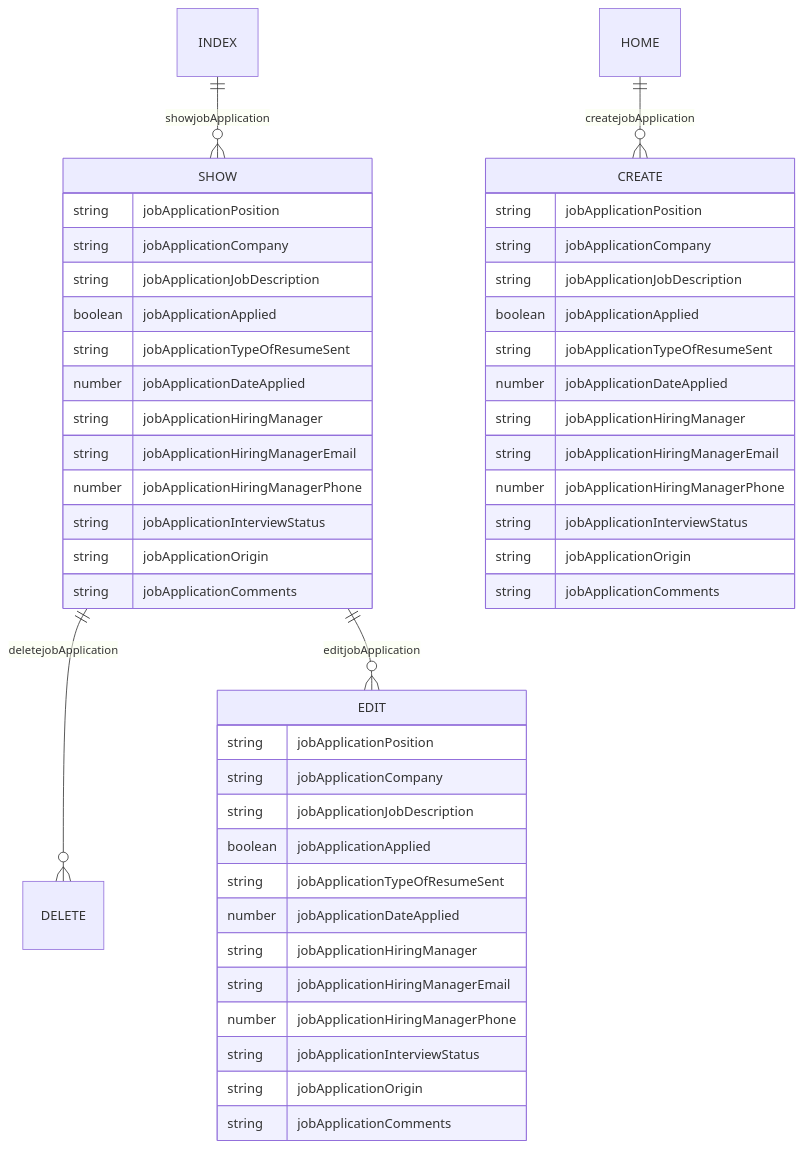
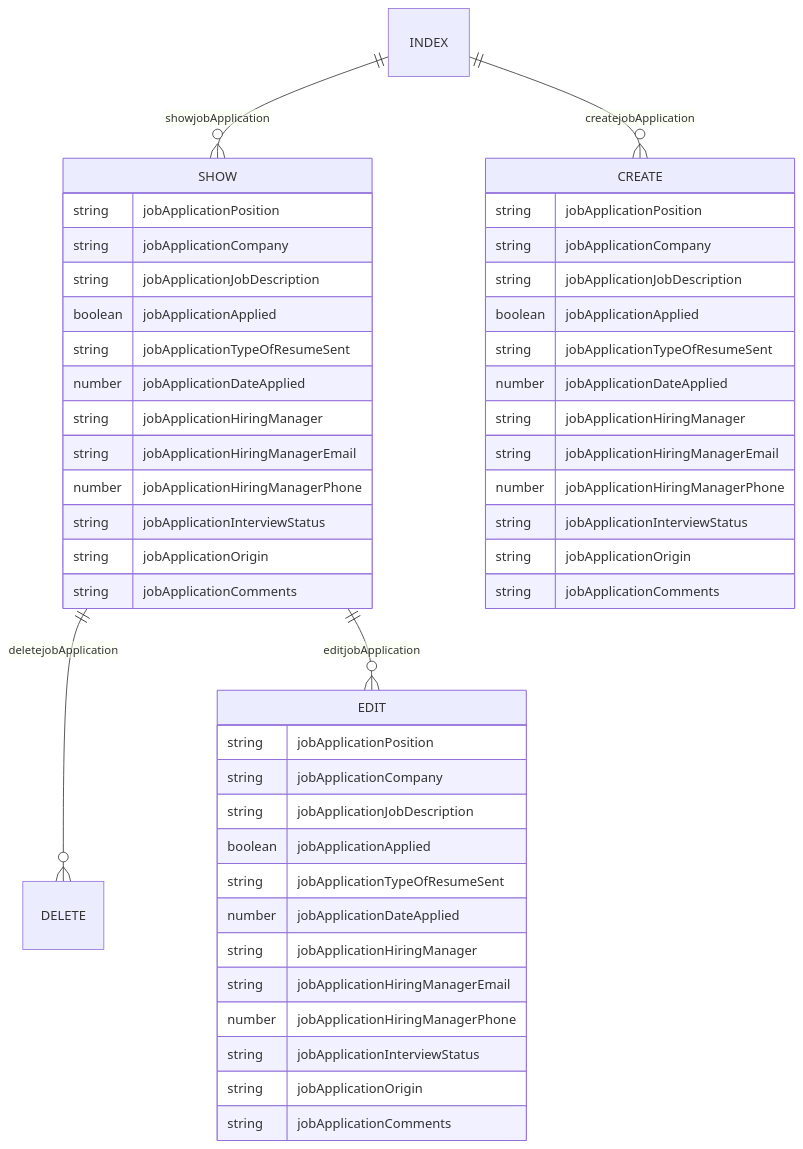
The diagram in Readme.md (adriancgarcia/project4_jobapptracker), drawn with Mermaid before and after one commit.

````diff
--- a/Readme.md
+++ b/Readme.md
@@ -26,54 +26,54 @@
 ```mermaid
 erDiagram
     INDEX || --O{ SHOW : showjobApplication
     SHOW{
         string jobApplicationPosition
         string jobApplicationCompany
         string jobApplicationJobDescription
         boolean jobApplicationApplied
         string jobApplicationTypeOfResumeSent
         number jobApplicationDateApplied
         string jobApplicationHiringManager
         string jobApplicationHiringManagerEmail
         number jobApplicationHiringManagerPhone
         string jobApplicationInterviewStatus
         string jobApplicationOrigin
         string jobApplicationComments
     }
 
-    HOME || --o{ CREATE : createjobApplication
+    INDEX || --o{ CREATE : createjobApplication
     CREATE {
         string jobApplicationPosition
         string jobApplicationCompany
         string jobApplicationJobDescription
         boolean jobApplicationApplied
         string jobApplicationTypeOfResumeSent
         number jobApplicationDateApplied
         string jobApplicationHiringManager
         string jobApplicationHiringManagerEmail
         number jobApplicationHiringManagerPhone
         string jobApplicationInterviewStatus
         string jobApplicationOrigin
         string jobApplicationComments
     }
     SHOW || --o{ DELETE : deletejobApplication
     DELETE {
 
     }
     SHOW || --o{ EDIT : editjobApplication
     EDIT {
         string jobApplicationPosition
         string jobApplicationCompany
         string jobApplicationJobDescription
         boolean jobApplicationApplied
         string jobApplicationTypeOfResumeSent
         number jobApplicationDateApplied
         string jobApplicationHiringManager
         string jobApplicationHiringManagerEmail
         number jobApplicationHiringManagerPhone
         string jobApplicationInterviewStatus
         string jobApplicationOrigin
         string jobApplicationComments
     }
 
 ```
````
